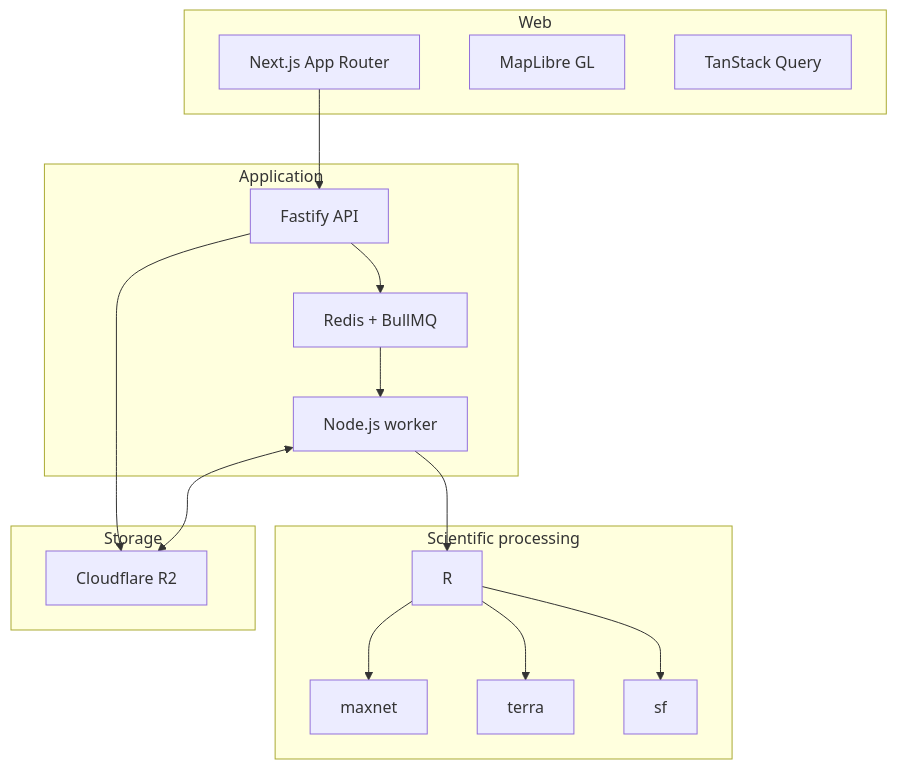
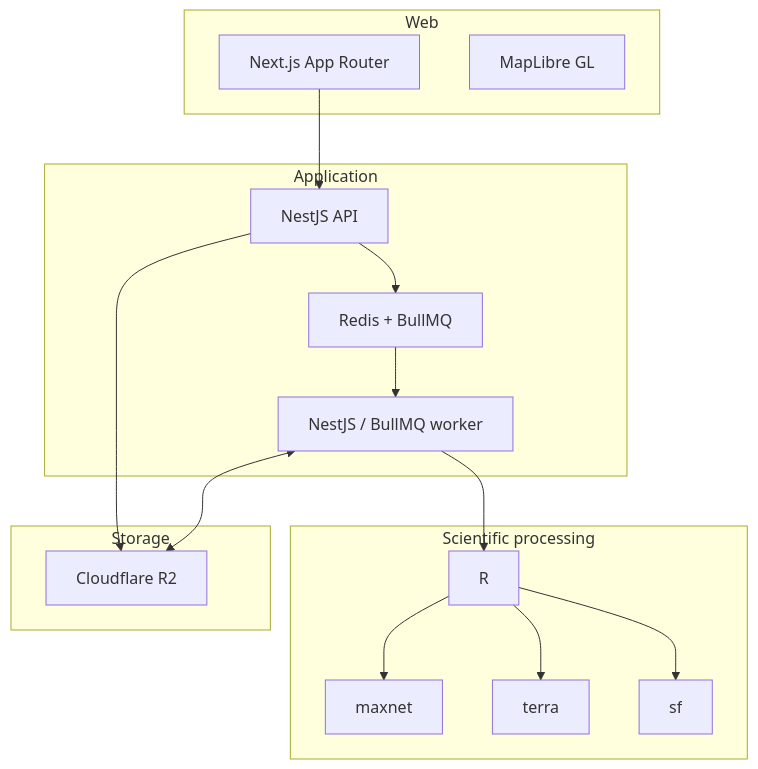
The third of 4 diagrams in README.md (uroge/maxent-eco-suitability), drawn with Mermaid before and after one commit. The commit also changed other lines of this file, not shown here.

````diff
--- a/README.md
+++ b/README.md
@@ -54,32 +54,31 @@
 ```mermaid
 flowchart TB
   subgraph Web
     N[Next.js App Router]
     ML[MapLibre GL]
-    TQ[TanStack Query]
   end
   subgraph Application
-    F[Fastify API]
+    F[NestJS API]
     Q[Redis + BullMQ]
-    W[Node.js worker]
+    W[NestJS / BullMQ worker]
   end
   subgraph Scientific processing
     R[R]
     MX[maxnet]
     TR[terra]
     SF[sf]
   end
   subgraph Storage
     O[Cloudflare R2]
   end
 
   N --> F
   F --> Q
   F --> O
   Q --> W
   W <--> O
   W --> R
   R --> MX
   R --> TR
   R --> SF
 ```
````
